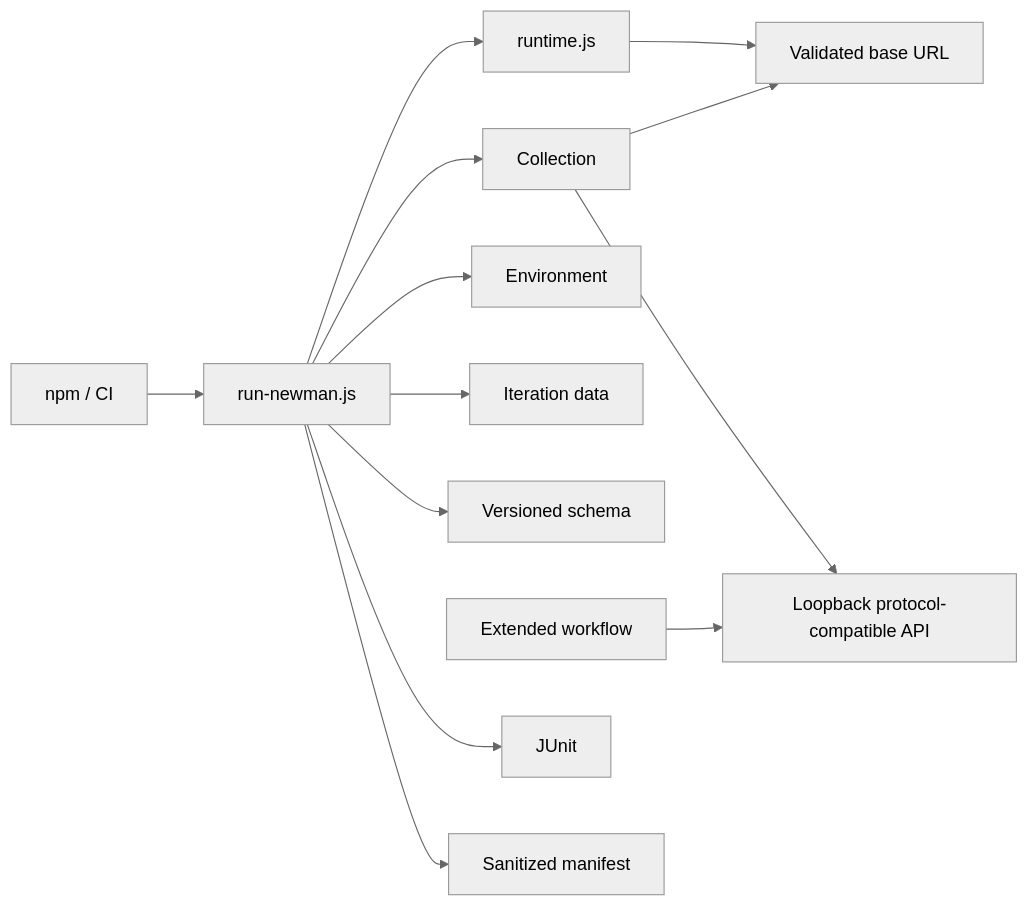
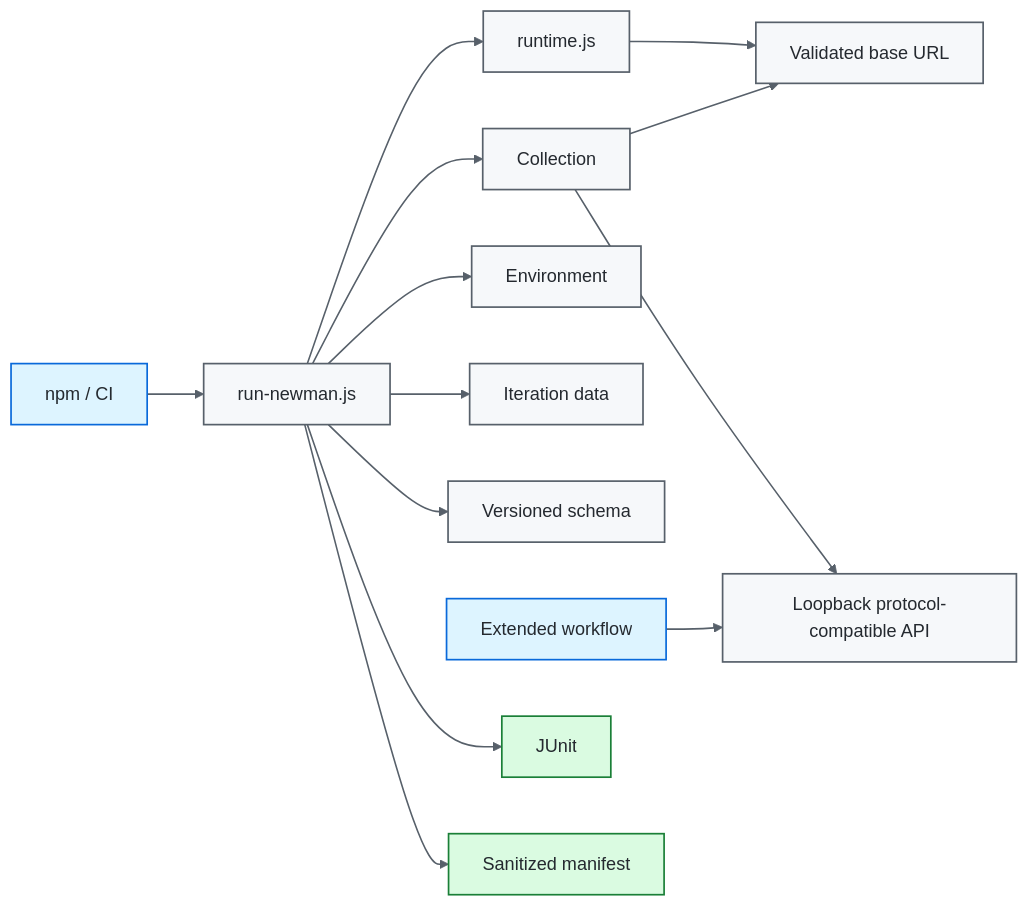
Before and after one commit to portyu9/qa-automation-api-postman-newman: the first of 2 diagrams in README.md, drawn with Mermaid (neutral theme). The commit also changed other lines of this file, not shown here.

Commit message:
Polish badges and Mermaid diagrams (#12)

````diff
--- a/README.md
+++ b/README.md
@@ -33,15 +31,23 @@
 ```mermaid
 flowchart LR
     CLI[npm / CI] --> RUN[run-newman.js]
     RUN --> POLICY[runtime.js]
     RUN --> COL[Collection]
     RUN --> ENV[Environment]
     RUN --> DATA[Iteration data]
     RUN --> SCHEMA[Versioned schema]
     POLICY --> TARGET[Validated base URL]
     COL --> TARGET
     EXT[Extended workflow] --> LOCAL[Loopback protocol-compatible API]
     COL --> LOCAL
     RUN --> JUNIT[JUnit]
     RUN --> MAN[Sanitized manifest]
+
+    classDef entry fill:#ddf4ff,stroke:#0969da,color:#24292f,stroke-width:1.5px;
+    classDef core fill:#f6f8fa,stroke:#57606a,color:#24292f,stroke-width:1.5px;
+    classDef evidence fill:#dafbe1,stroke:#1a7f37,color:#24292f,stroke-width:1.5px;
+    class CLI,EXT entry;
+    class RUN,POLICY,COL,ENV,DATA,SCHEMA,TARGET,LOCAL core;
+    class JUNIT,MAN evidence;
+    linkStyle default stroke:#57606a,stroke-width:1.4px;
 ```
````
